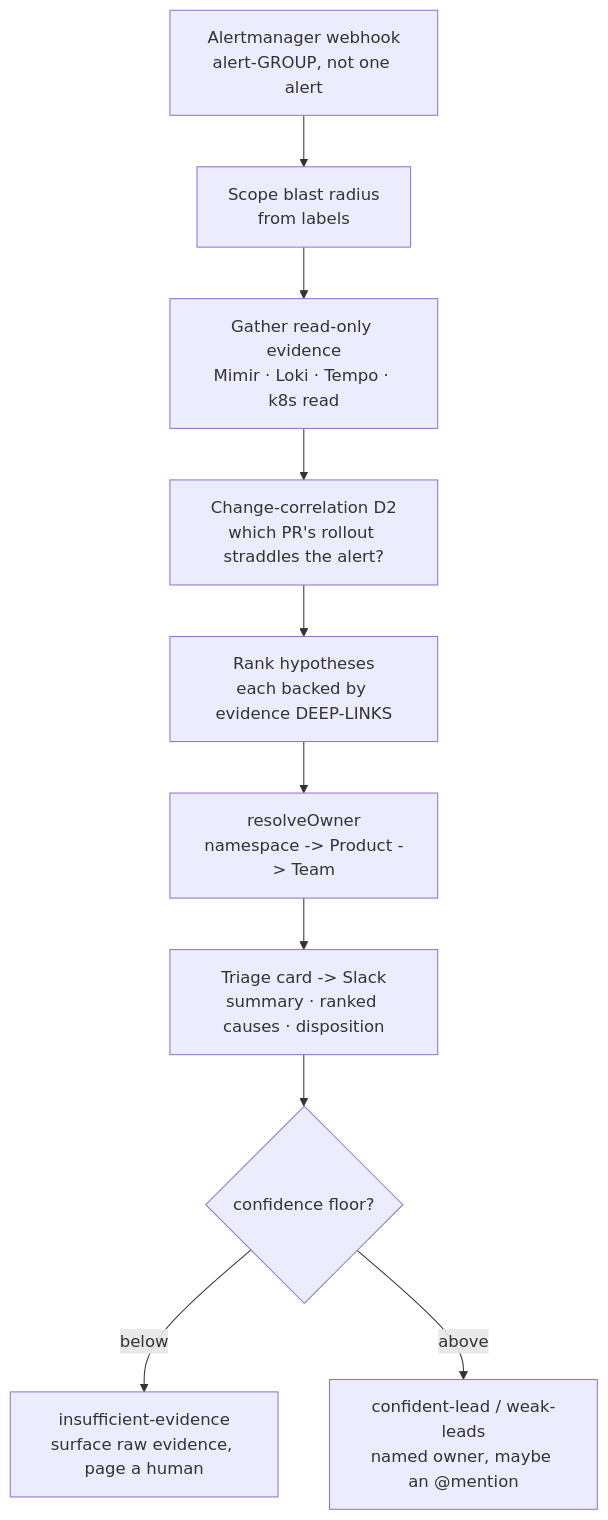
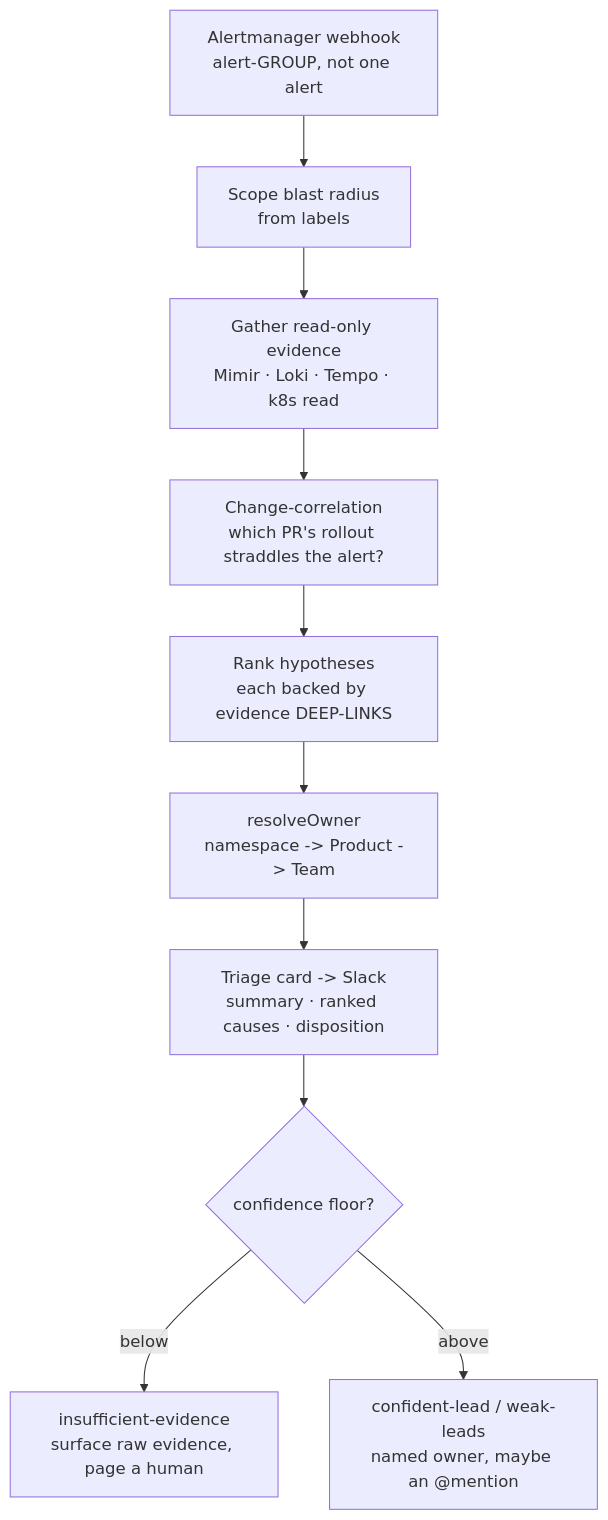
Before and after one commit to asanexample/platform: the diagram in docs/learn/agentic/deep-dive-the-triage-copilot.md, drawn with Mermaid. The commit also changed other lines of this file and 75 other files, not shown here.

````diff
--- a/docs/learn/agentic/deep-dive-the-triage-copilot.md
+++ b/docs/learn/agentic/deep-dive-the-triage-copilot.md
@@ -43,12 +42,12 @@
 ```mermaid
 flowchart TD
   A[Alertmanager webhook<br/>alert-GROUP, not one alert] --> B[Scope blast radius<br/>from labels]
   B --> C[Gather read-only evidence<br/>Mimir · Loki · Tempo · k8s read]
-  C --> D[Change-correlation D2<br/>which PR's rollout straddles the alert?]
+  C --> D[Change-correlation<br/>which PR's rollout straddles the alert?]
   D --> E[Rank hypotheses<br/>each backed by evidence DEEP-LINKS]
   E --> F[resolveOwner<br/>namespace -> Product -> Team]
   F --> G[Triage card -> Slack<br/>summary · ranked causes · disposition]
   G --> H{confidence floor?}
   H -->|below| I[insufficient-evidence<br/>surface raw evidence, page a human]
   H -->|above| J[confident-lead / weak-leads<br/>named owner, maybe an @mention]
 ```
````
